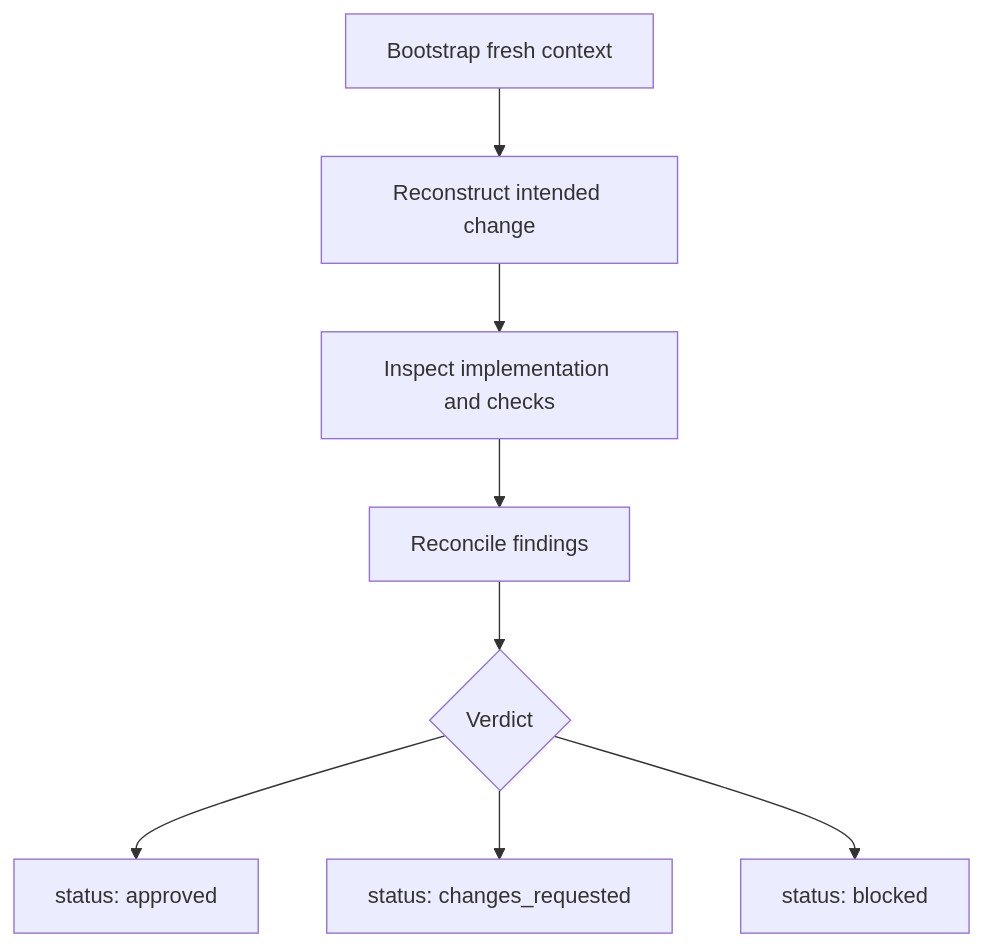
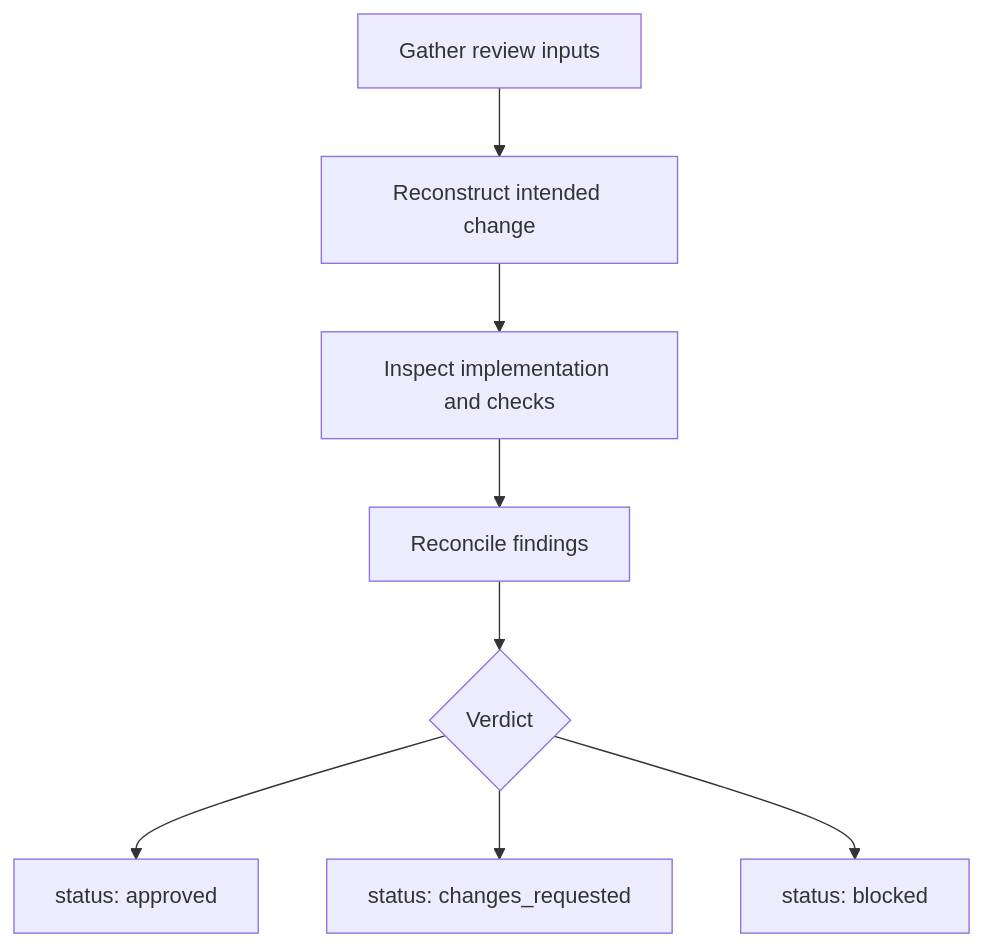
The first of 2 diagrams in .agents/skills/pivot-openspec-rpi/references/review.md (mols3131d/hmda-data-reliability), drawn with Mermaid before and after one commit. The commit also changed other lines of this file and 12 other files, not shown here.

````diff
--- a/.agents/skills/pivot-openspec-rpi/references/review.md
+++ b/.agents/skills/pivot-openspec-rpi/references/review.md
@@ -23,16 +23,16 @@
 ```mermaid
 flowchart TD
-    A[Bootstrap fresh context]
+    A[Gather review inputs]
     B[Reconstruct intended change]
     C[Inspect implementation and checks]
     D[Reconcile findings]
     E{Verdict}
     P[status: approved]
     R[status: changes_requested]
     X[status: blocked]
 
     A --> B --> C --> D --> E
     E --> P
     E --> R
     E --> X
 ```
````
